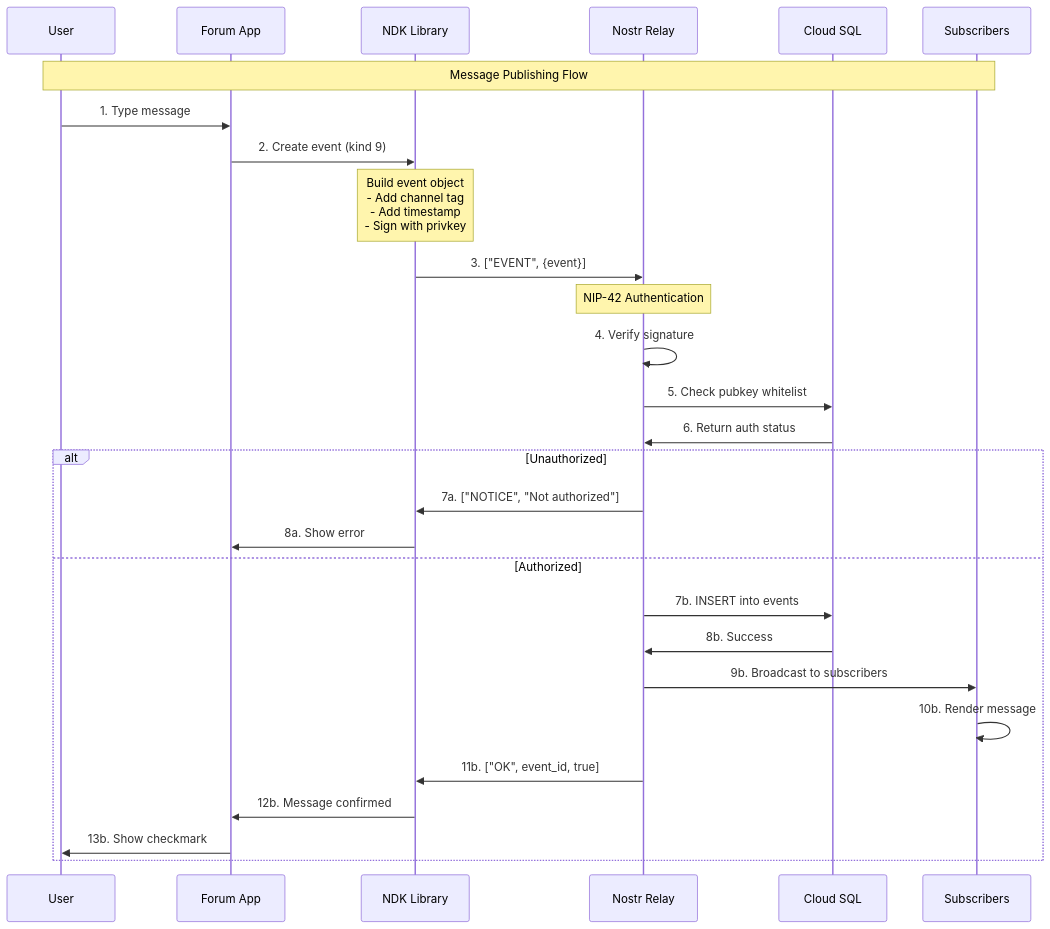
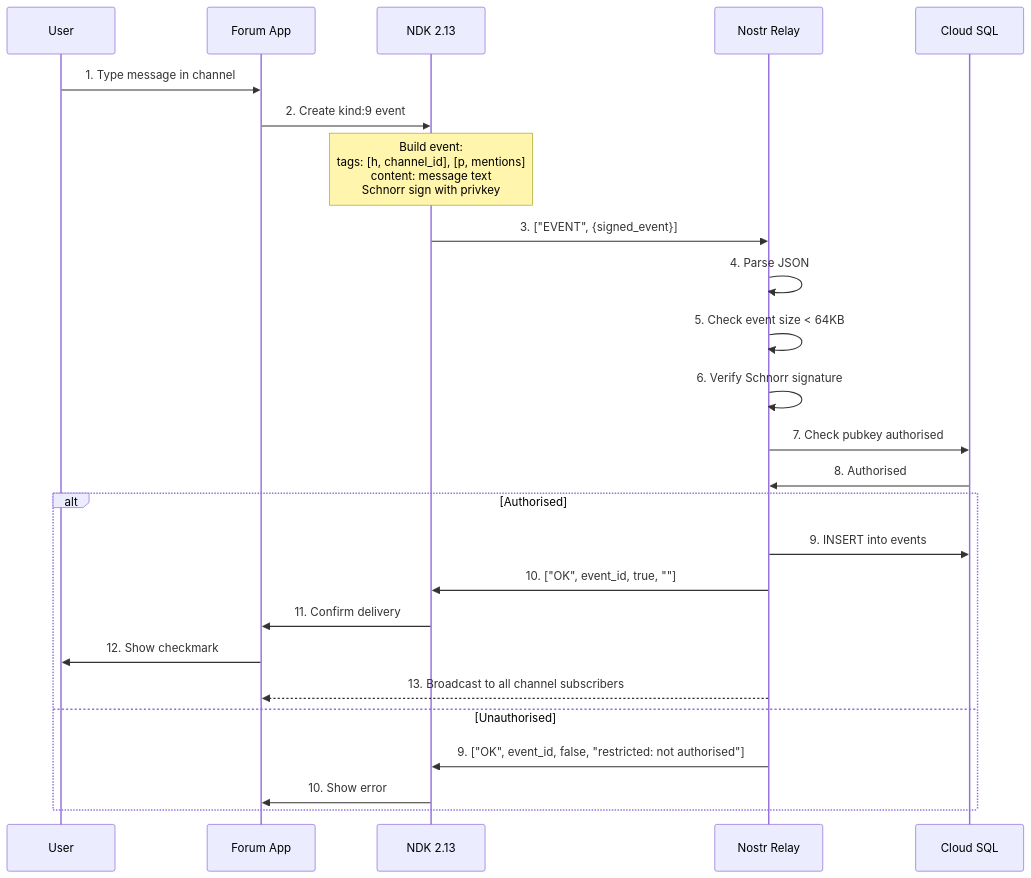
Before and after one commit to DreamLab-AI/dreamlab-ai-website: diagram 11 of 18 in docs/architecture/DATA_FLOW.md, drawn with Mermaid. The commit also changed other lines of this file and 49 other files, not shown here.

````diff
--- a/docs/architecture/DATA_FLOW.md
+++ b/docs/architecture/DATA_FLOW.md
@@ -284,38 +326,31 @@
 ```mermaid
 sequenceDiagram
     participant U as User
     participant App as Forum App
-    participant NDK as NDK Library
+    participant NDK as NDK 2.13
     participant Relay as Nostr Relay
     participant DB as Cloud SQL
-    participant SUB as Subscribers
 
-    Note over U,SUB: Message Publishing Flow
+    U->>App: 1. Type message in channel
+    App->>NDK: 2. Create kind:9 event
+    Note over NDK: Build event:<br/>tags: [h, channel_id], [p, mentions]<br/>content: message text<br/>Schnorr sign with privkey
 
-    U->>App: 1. Type message
-    App->>NDK: 2. Create event (kind 9)
+    NDK->>Relay: 3. ["EVENT", {signed_event}]
 
-    Note over NDK: Build event object<br/>- Add channel tag<br/>- Add timestamp<br/>- Sign with privkey
+    Relay->>Relay: 4. Parse JSON
+    Relay->>Relay: 5. Check event size < 64KB
+    Relay->>Relay: 6. Verify Schnorr signature
+    Relay->>DB: 7. Check pubkey authorised
+    DB->>Relay: 8. Authorised
 
-    NDK->>Relay: 3. ["EVENT", {event}]
-
-    Note over Relay: NIP-42 Authentication
-    Relay->>Relay: 4. Verify signature
-    Relay->>DB: 5. Check pubkey whitelist
-    DB->>Relay: 6. Return auth status
-
-    alt Unauthorized
-        Relay->>NDK: 7a. ["NOTICE", "Not authorized"]
-        NDK->>App: 8a. Show error
-    else Authorized
-        Relay->>DB: 7b. INSERT into events
-        DB->>Relay: 8b. Success
-
-        Relay->>SUB: 9b. Broadcast to subscribers
-        SUB->>SUB: 10b. Render message
-
-        Relay->>NDK: 11b. ["OK", event_id, true]
-        NDK->>App: 12b. Message confirmed
-        App->>U: 13b. Show checkmark
+    alt Authorised
+        Relay->>DB: 9. INSERT into events
+        Relay->>NDK: 10. ["OK", event_id, true, ""]
+        NDK->>App: 11. Confirm delivery
+        App->>U: 12. Show checkmark
+        Relay-->>App: 13. Broadcast to all channel subscribers
+    else Unauthorised
+        Relay->>NDK: 9. ["OK", event_id, false, "restricted: not authorised"]
+        NDK->>App: 10. Show error
     end
 ```
````
